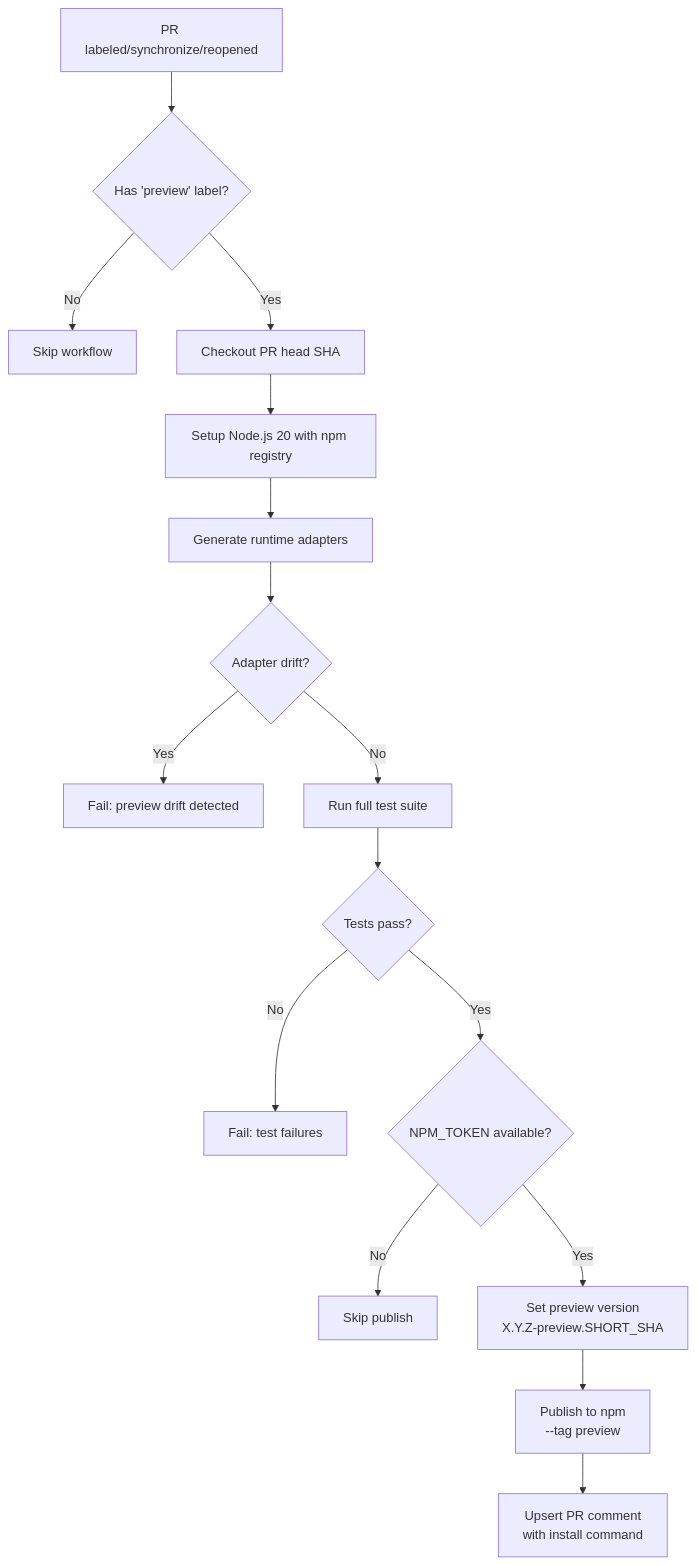
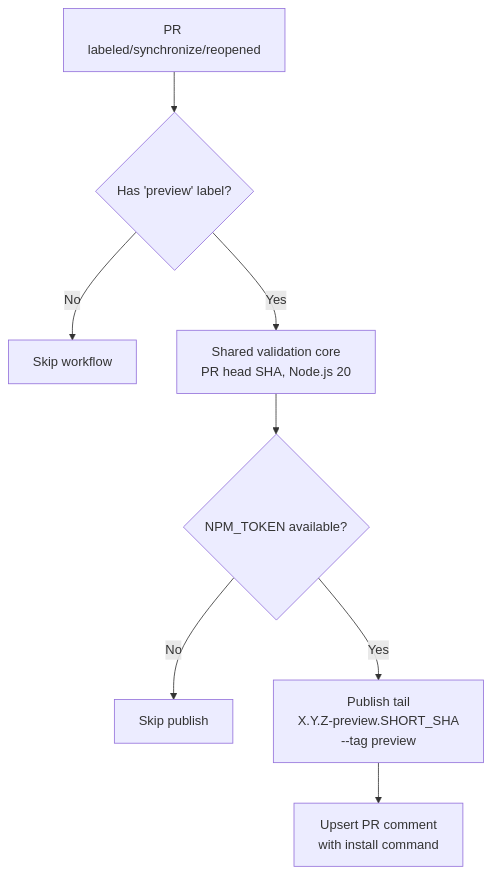
One commit to josstei/maestro-orchestrate changed the fifth of 10 diagrams in docs/cicd.md. Above: the diagram before and after it, drawn with Mermaid. The commit also changed other lines of this file and 6 other files, not shown here.

````diff
--- a/docs/cicd.md
+++ b/docs/cicd.md
@@ -256,18 +252,10 @@
 ```mermaid
 graph TD
     A["PR labeled/synchronize/reopened"] --> B{"Has 'preview' label?"}
     B --> |"No"| C["Skip workflow"]
-    B --> |"Yes"| D["Checkout PR head SHA"]
-    D --> E["Setup Node.js 20 with npm registry"]
-    E --> F["Generate runtime adapters"]
-    F --> G{"Adapter drift?"}
-    G --> |"Yes"| H["Fail: preview drift detected"]
-    G --> |"No"| I["Run full test suite"]
-    I --> J{"Tests pass?"}
-    J --> |"No"| K["Fail: test failures"]
-    J --> |"Yes"| L{"NPM_TOKEN available?"}
+    B --> |"Yes"| D["Shared validation core<br/>PR head SHA, Node.js 20"]
+    D --> L{"NPM_TOKEN available?"}
     L --> |"No"| M["Skip publish"]
-    L --> |"Yes"| N["Set preview version<br/>X.Y.Z-preview.SHORT_SHA"]
-    N --> O["Publish to npm<br/>--tag preview"]
-    O --> P["Upsert PR comment<br/>with install command"]
+    L --> |"Yes"| N["Publish tail<br/>X.Y.Z-preview.SHORT_SHA<br/>--tag preview"]
+    N --> P["Upsert PR comment<br/>with install command"]
 ```
````
